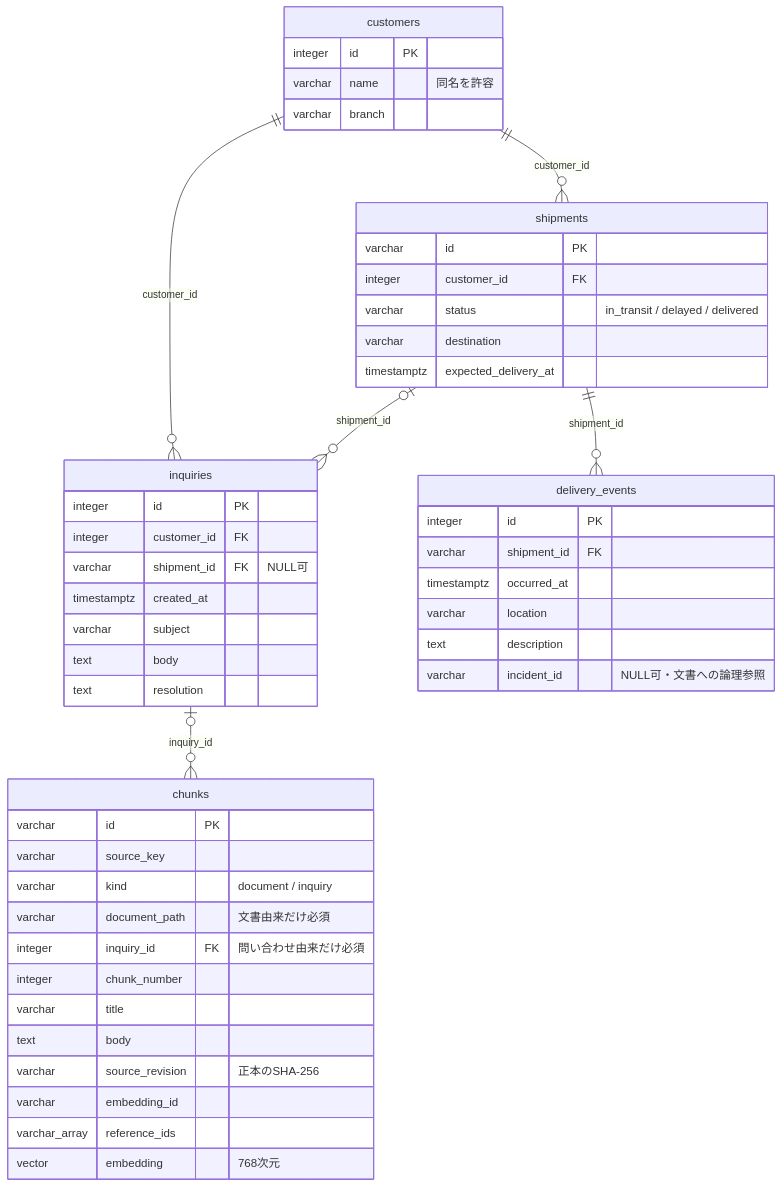
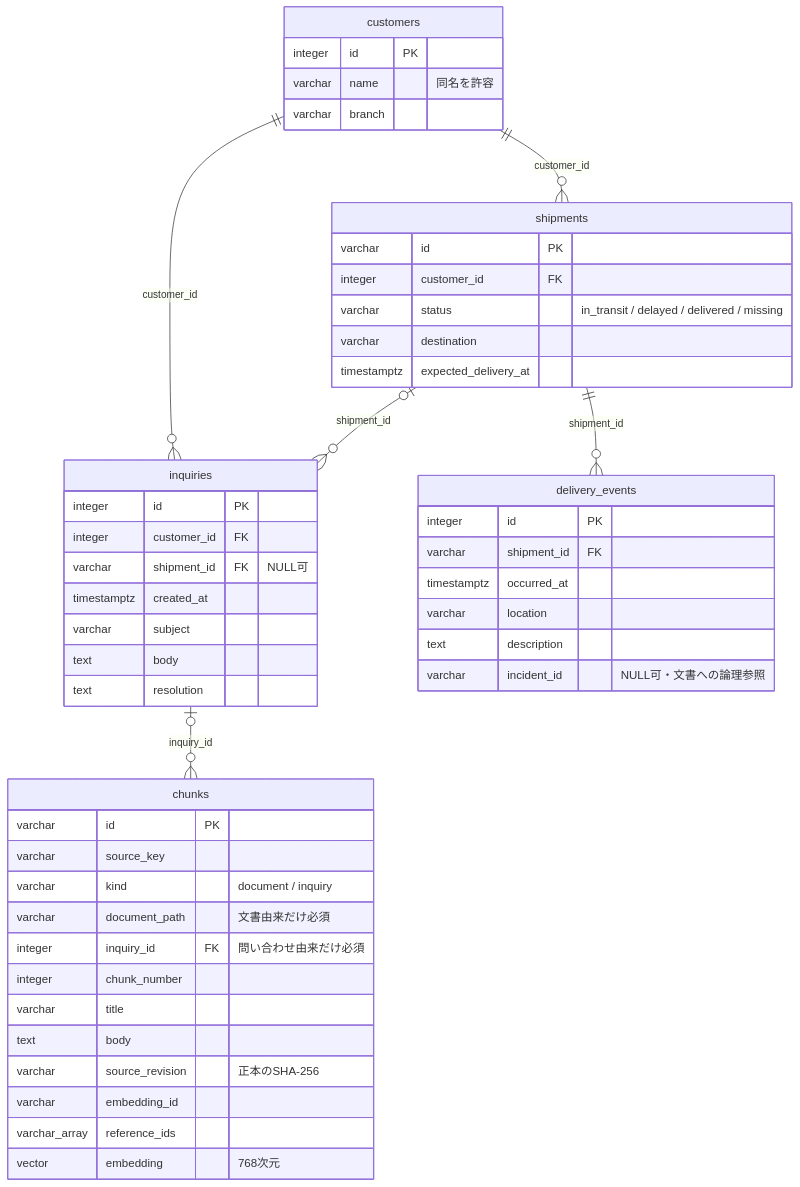
The diagram in docs/database-schema.md (philippos2/logi-scope), drawn with Mermaid before and after one commit. The commit also changed other lines of this file and 23 other files, not shown here.

````diff
--- a/docs/database-schema.md
+++ b/docs/database-schema.md
@@ -7,52 +7,52 @@
 ```mermaid
 erDiagram
     customers ||--o{ shipments : customer_id
     customers ||--o{ inquiries : customer_id
     shipments ||--o{ delivery_events : shipment_id
     shipments |o--o{ inquiries : shipment_id
     inquiries |o--o{ chunks : inquiry_id
 
     chunks {
         varchar id PK
         varchar source_key
         varchar kind "document / inquiry"
         varchar document_path "文書由来だけ必須"
         integer inquiry_id FK "問い合わせ由来だけ必須"
         integer chunk_number
         varchar title
         text body
         varchar source_revision "正本のSHA-256"
         varchar embedding_id
         varchar_array reference_ids
         vector embedding "768次元"
     }
     customers {
         integer id PK
         varchar name "同名を許容"
         varchar branch
     }
     shipments {
         varchar id PK
         integer customer_id FK
-        varchar status "in_transit / delayed / delivered"
+        varchar status "in_transit / delayed / delivered / missing"
         varchar destination
         timestamptz expected_delivery_at
     }
     delivery_events {
         integer id PK
         varchar shipment_id FK
         timestamptz occurred_at
         varchar location
         text description
         varchar incident_id "NULL可・文書への論理参照"
     }
     inquiries {
         integer id PK
         integer customer_id FK
         varchar shipment_id FK "NULL可"
         timestamptz created_at
         varchar subject
         text body
         text resolution
     }
 ```
````
